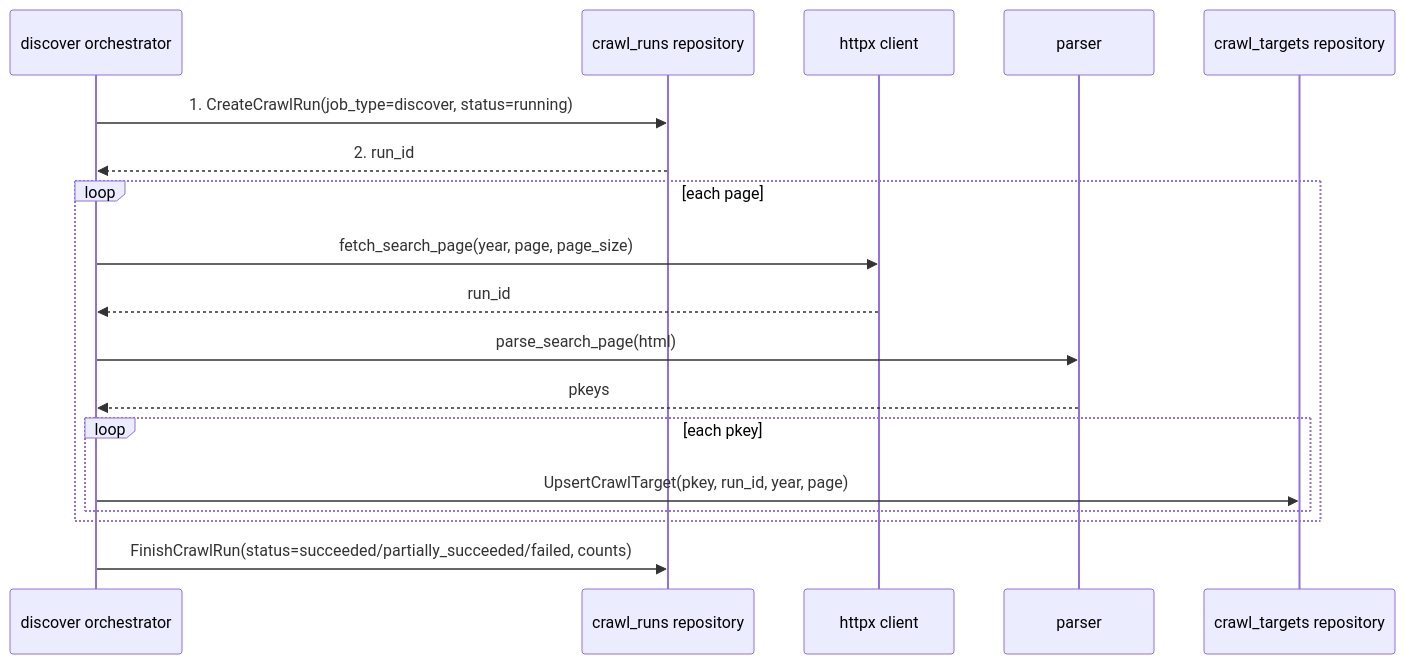
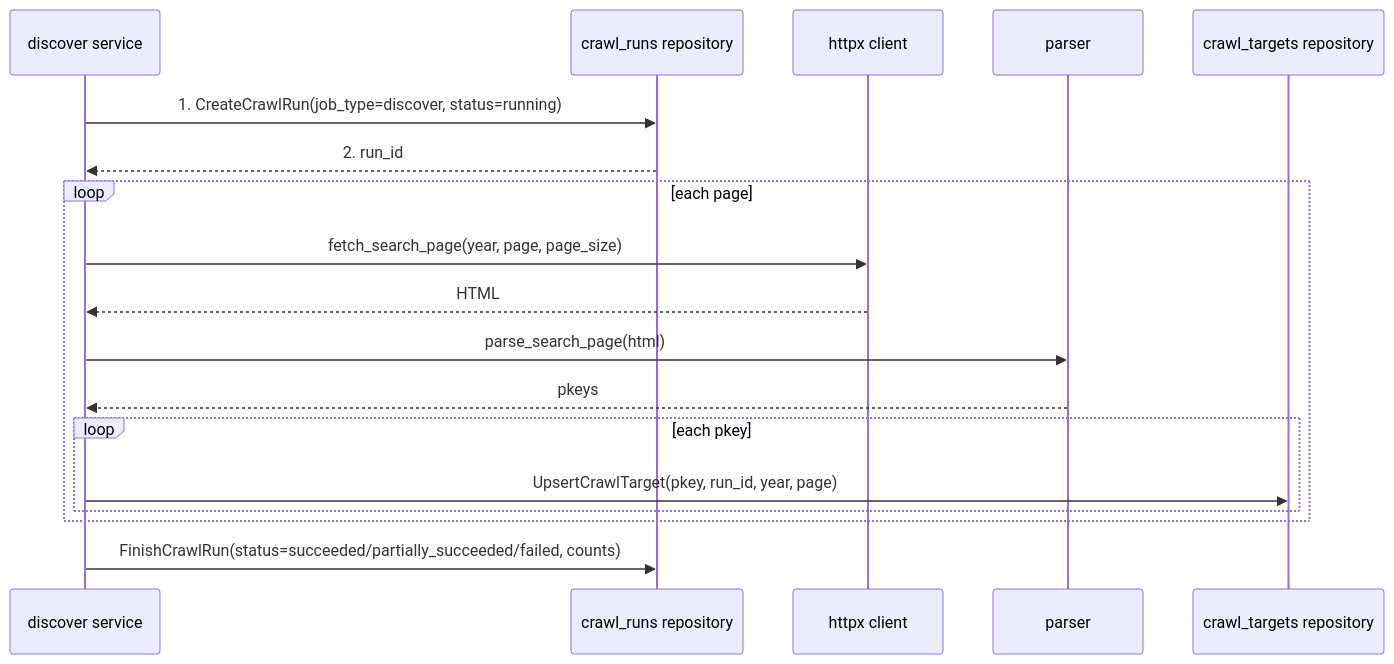
One commit to tsukuneA1/hoge changed the second of 4 diagrams in docs/design/2026-06-07-syllabus-crawler.md. Above: the diagram before and after it, drawn with Mermaid. The commit also changed other lines of this file, not shown here.

````diff
--- a/docs/design/2026-06-07-syllabus-crawler.md
+++ b/docs/design/2026-06-07-syllabus-crawler.md
@@ -156,25 +156,25 @@
 ```mermaid
 sequenceDiagram
-    participant Job as discover orchestrator
+    participant Job as discover service
     participant Runs as crawl_runs repository
     participant HTTP as httpx client
     participant Parser as parser
     participant Targets as crawl_targets repository
 
     Job->>Runs: 1. CreateCrawlRun(job_type=discover, status=running)
     Runs-->>Job: 2. run_id
 
     loop each page
         Job->>HTTP: fetch_search_page(year, page, page_size)
-        HTTP-->>Job: run_id
+        HTTP-->>Job: HTML
 
         Job->>Parser: parse_search_page(html)
         Parser-->>Job: pkeys
 
         loop each pkey
             Job->>Targets: UpsertCrawlTarget(pkey, run_id, year, page)
         end
     end
 
     Job->>Runs: FinishCrawlRun(status=succeeded/partially_succeeded/failed, counts)
 ```
````
